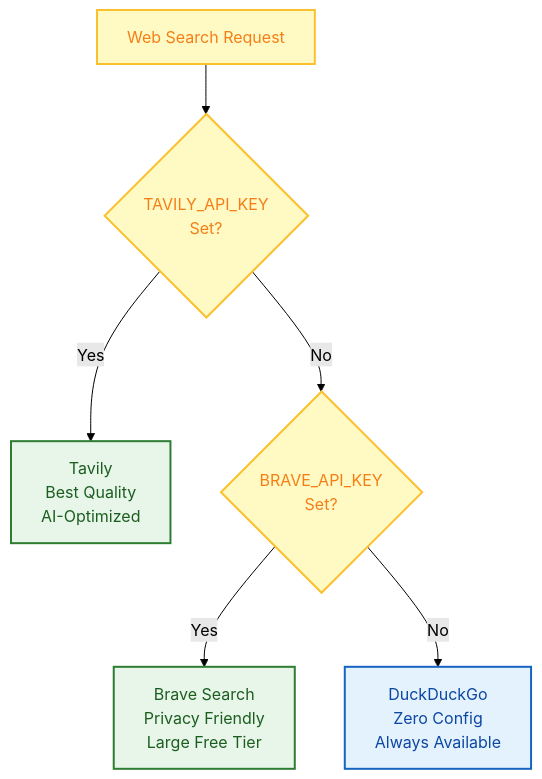
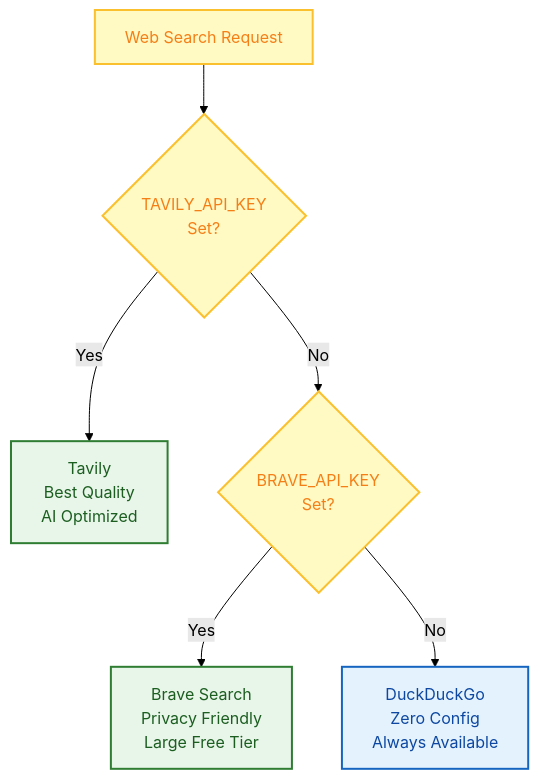
Before and after one commit to xt765/FinchBot: the fifth of 6 diagrams in docs/en-US/blog/finchbot-flexible-ai-agent-framework.md, drawn with Mermaid (forest theme). The commit also changed other lines of this file and 1 other file, not shown here.

````diff
--- a/docs/en-US/blog/finchbot-flexible-ai-agent-framework.md
+++ b/docs/en-US/blog/finchbot-flexible-ai-agent-framework.md
@@ -423,23 +414,22 @@
 ```mermaid
 flowchart TD
-    %% Style Definitions
     classDef check fill:#fff9c4,stroke:#fbc02d,stroke-width:2px,color:#f57f17;
     classDef engine fill:#e8f5e9,stroke:#2e7d32,stroke-width:2px,color:#1b5e20;
     classDef fallback fill:#e3f2fd,stroke:#1565c0,stroke-width:2px,color:#0d47a1;
 
-    Start[ Web Search Request]:::check
-    
+    Start[Web Search Request]:::check
+
     Check1{TAVILY_API_KEY<br/>Set?}:::check
-    Tavily[ Tavily<br/>Best Quality<br/>AI-Optimized]:::engine
-    
+    Tavily[Tavily<br/>Best Quality<br/>AI Optimized]:::engine
+
     Check2{BRAVE_API_KEY<br/>Set?}:::check
-    Brave[ Brave Search<br/>Privacy Friendly<br/>Large Free Tier]:::engine
-    
-    DDG[ DuckDuckGo<br/>Zero Config<br/>Always Available]:::fallback
+    Brave[Brave Search<br/>Privacy Friendly<br/>Large Free Tier]:::engine
+
+    DDG[DuckDuckGo<br/>Zero Config<br/>Always Available]:::fallback
 
     Start --> Check1
     Check1 -->|Yes| Tavily
     Check1 -->|No| Check2
     Check2 -->|Yes| Brave
     Check2 -->|No| DDG
 ```
````
